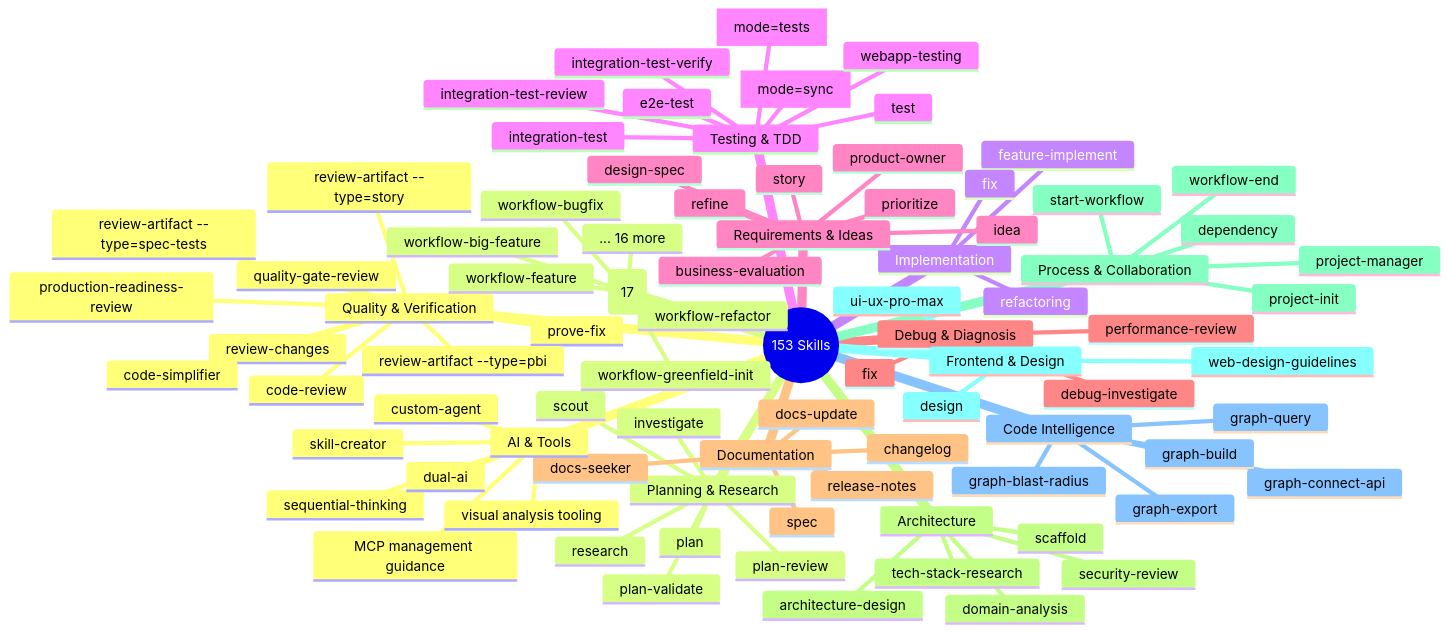
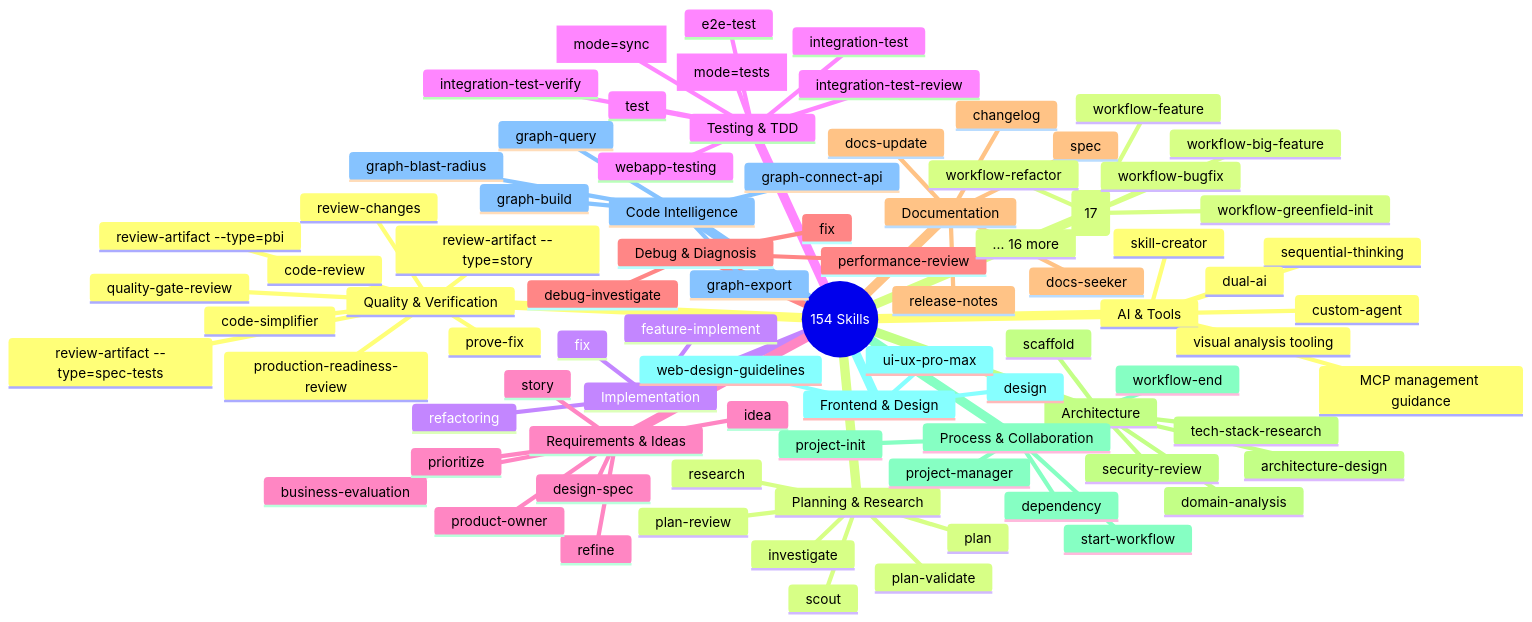
One commit to duc01226/easy-claude changed the fifth of 20 diagrams in .claude/docs/claude-ai-agent-framework-guide.md. Above: the diagram before and after it, drawn with Mermaid. The commit also changed other lines of this file and 211 other files, not shown here.

````diff
--- a/.claude/docs/claude-ai-agent-framework-guide.md
+++ b/.claude/docs/claude-ai-agent-framework-guide.md
@@ -459,6 +459,6 @@
 ```mermaid
 mindmap
-  root((153 Skills))
+  root((154 Skills))
     Quality & Verification
       code-review
       prove-fix
````
